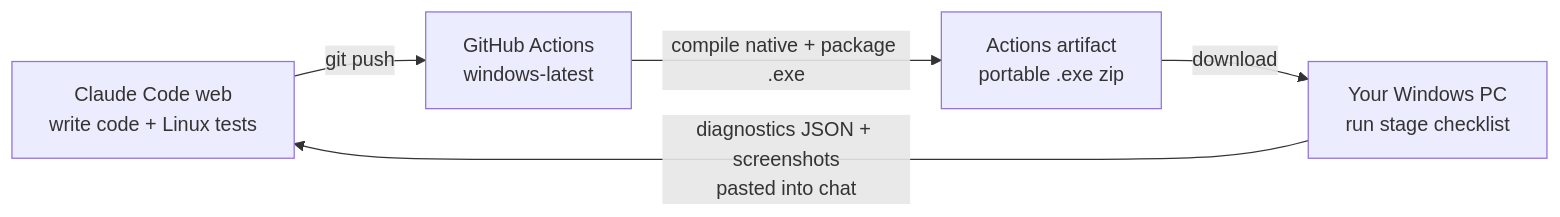
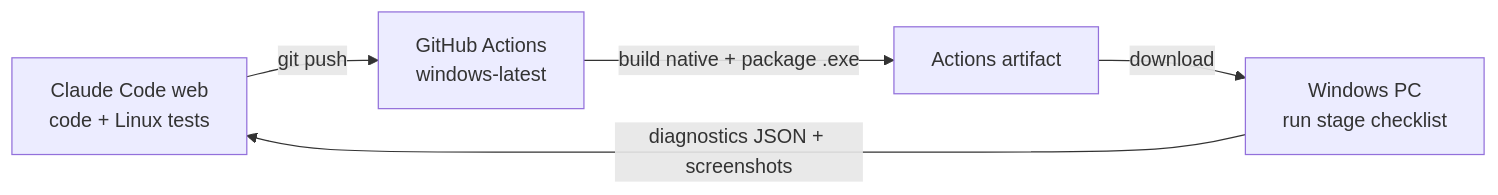
One commit to adityayadav30561-rgb/parakreet-clone changed the second of 2 diagrams in docs/ROADMAP.md. Above: the diagram before and after it, drawn with Mermaid. The commit also changed other lines of this file and 38 other files, not shown here.

````diff
--- a/docs/ROADMAP.md
+++ b/docs/ROADMAP.md
@@ -37,7 +108,7 @@
 ```mermaid
 flowchart LR
-  A[Claude Code web<br/>write code + Linux tests] -->|git push| B[GitHub Actions<br/>windows-latest]
-  B -->|compile native + package .exe| C[Actions artifact<br/>portable .exe zip]
-  C -->|download| D[Your Windows PC<br/>run stage checklist]
-  D -->|diagnostics JSON + screenshots<br/>pasted into chat| A
+  A[Claude Code web<br/>code + Linux tests] -->|git push| B[GitHub Actions<br/>windows-latest]
+  B -->|build native + package .exe| C[Actions artifact]
+  C -->|download| D[Windows PC<br/>run stage checklist]
+  D -->|diagnostics JSON + screenshots| A
 ```
````
